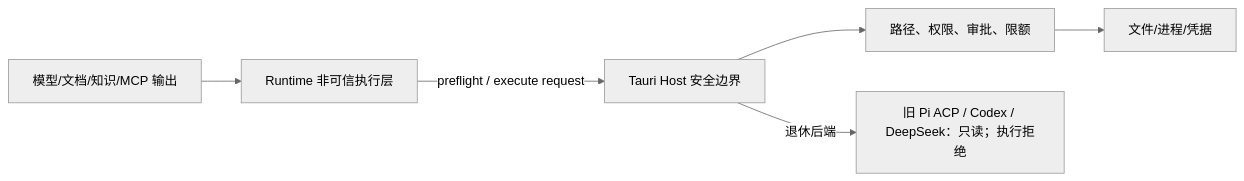
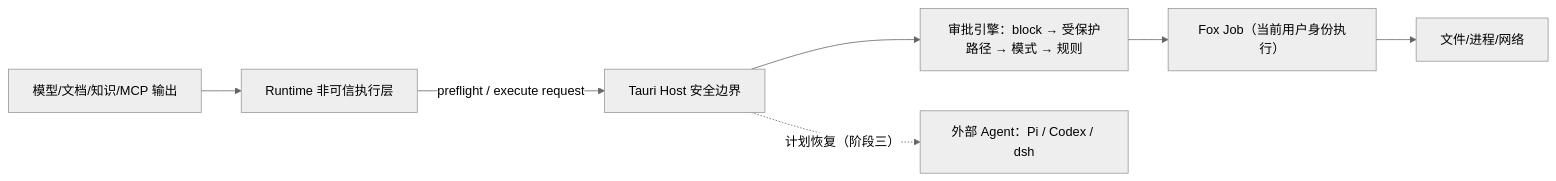
One commit to Hry1729/Fox-Agent changed the diagram in docs/02-架构/安全架构.md. Above: the diagram before and after it, drawn with Mermaid (neutral theme). The commit also changed other lines of this file, not shown here.

Commit message:
docs(B4c): 安全架构 — no sandbox, Fox Job, four-mode approval, risk trade-offs [skip ci]

````diff
--- a/docs/02-架构/安全架构.md
+++ b/docs/02-架构/安全架构.md
@@ -14,8 +14,9 @@
 ```mermaid
 flowchart LR
     UNTRUST["模型/文档/知识/MCP 输出"] --> RUNTIME["Runtime 非可信执行层"]
     RUNTIME -->|"preflight / execute request"| HOST["Tauri Host 安全边界"]
-    HOST --> POLICY["路径、权限、审批、限额"]
-    POLICY --> LOCAL["文件/进程/凭据"]
-    HOST -->|"退休后端"| EXT["旧 Pi ACP / Codex / DeepSeek：只读；执行拒绝"]
+    HOST --> POLICY["审批引擎：block → 受保护路径 → 模式 → 规则"]
+    POLICY --> JOB["Fox Job（当前用户身份执行）"]
+    JOB --> LOCAL["文件/进程/网络"]
+    HOST -.->|"计划恢复（阶段三）"| EXT["外部 Agent：Pi / Codex / dsh"]
 ```
````
